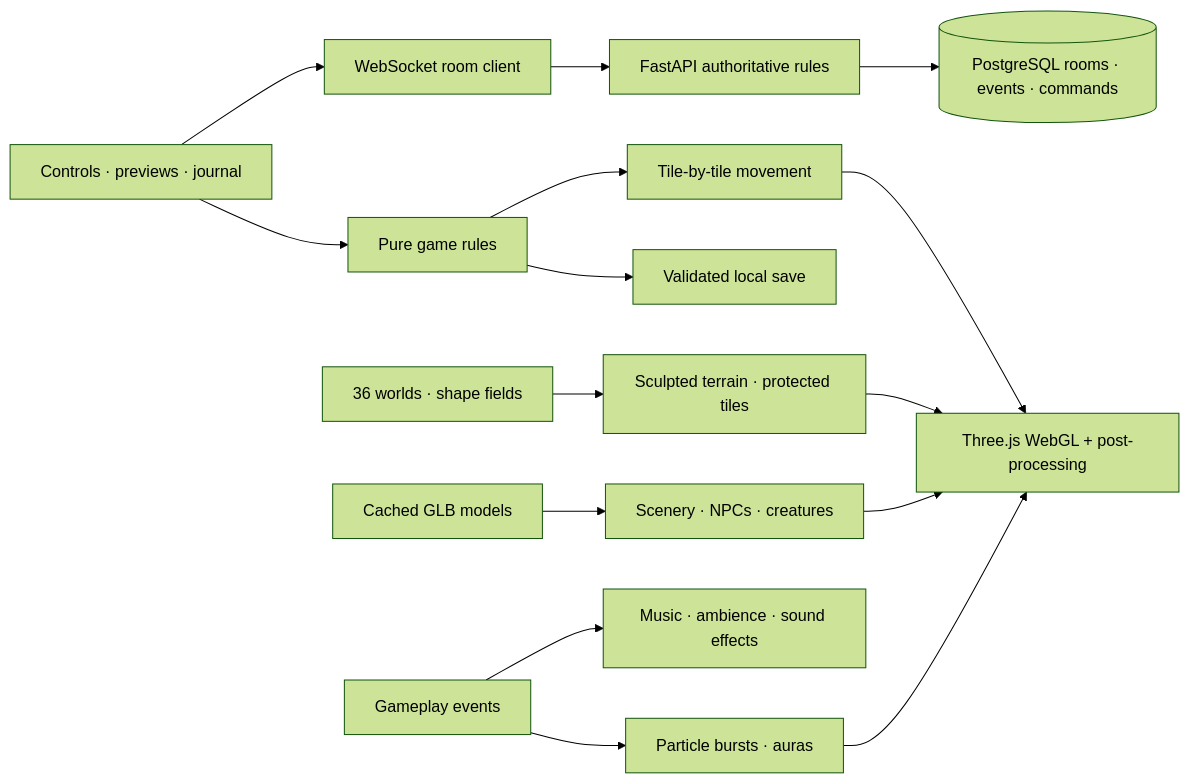
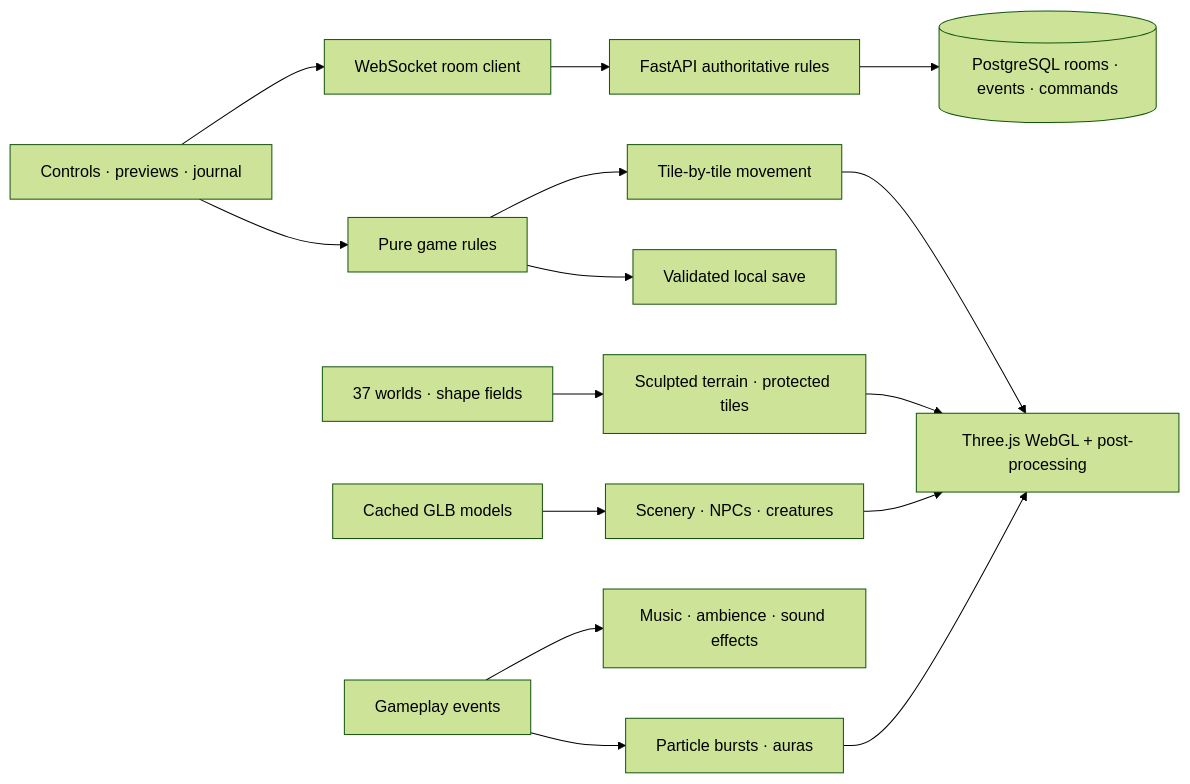
Before and after one commit to bogdancstrike/threejs-board-game: the diagram in README.md, drawn with Mermaid (forest theme). The commit also changed other lines of this file and 23 other files, not shown here.

````diff
--- a/README.md
+++ b/README.md
@@ -258,17 +279,17 @@
 ```mermaid
 flowchart LR
     UI[Controls · previews · journal] --> Rules[Pure game rules]
     Rules --> State[Validated local save]
     UI --> Socket[WebSocket room client]
     Socket --> API[FastAPI authoritative rules]
     API --> DB[(PostgreSQL rooms · events · commands)]
     Rules --> Movement[Tile-by-tile movement]
-    Maps[36 worlds · shape fields] --> Terrain[Sculpted terrain · protected tiles]
+    Maps[37 worlds · shape fields] --> Terrain[Sculpted terrain · protected tiles]
     Assets[Cached GLB models] --> World[Scenery · NPCs · creatures]
     Terrain --> Render[Three.js WebGL + post-processing]
     World --> Render
     Movement --> Render
     Events[Gameplay events] --> VFX[Particle bursts · auras]
     Events --> Audio[Music · ambience · sound effects]
     VFX --> Render
 ```
````
